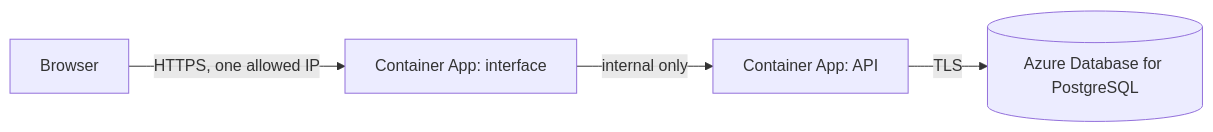
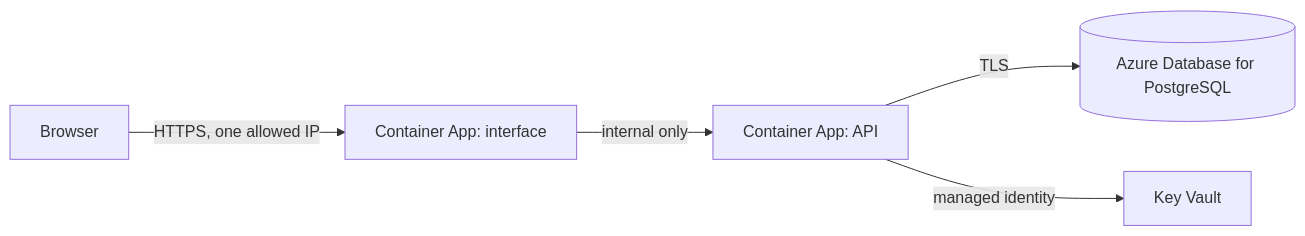
Before and after one commit to tamezza/TaskBoard: the third of 3 diagrams in README.md, drawn with Mermaid. The commit also changed other lines of this file and 2 other files, not shown here.

Commit message:
Store cloud secrets in Key Vault, read through a managed identity (#35)

````diff
--- a/README.md
+++ b/README.md
@@ -201,6 +201,7 @@
 ```mermaid
 flowchart LR
     user[Browser] -->|HTTPS, one allowed IP| web[Container App: interface]
     web -->|internal only| api[Container App: API]
     api -->|TLS| db[(Azure Database for PostgreSQL)]
+    api -->|managed identity| kv[Key Vault]
 ```
````
